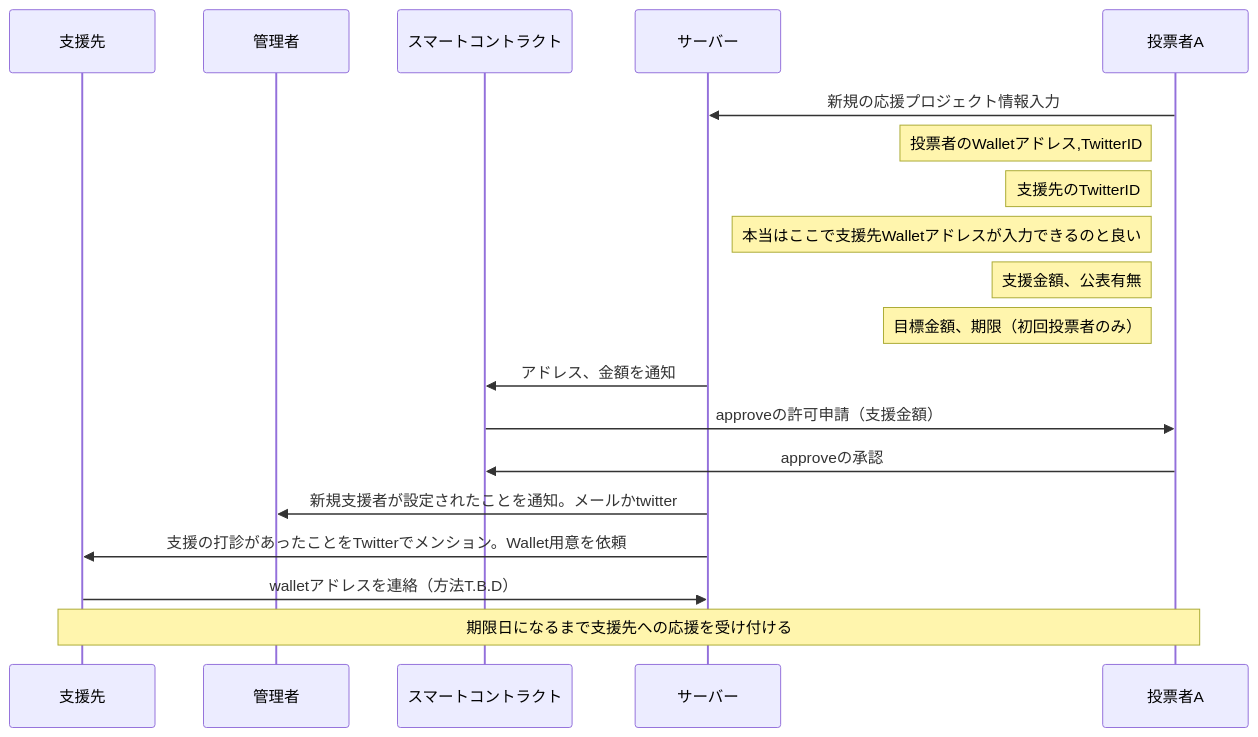
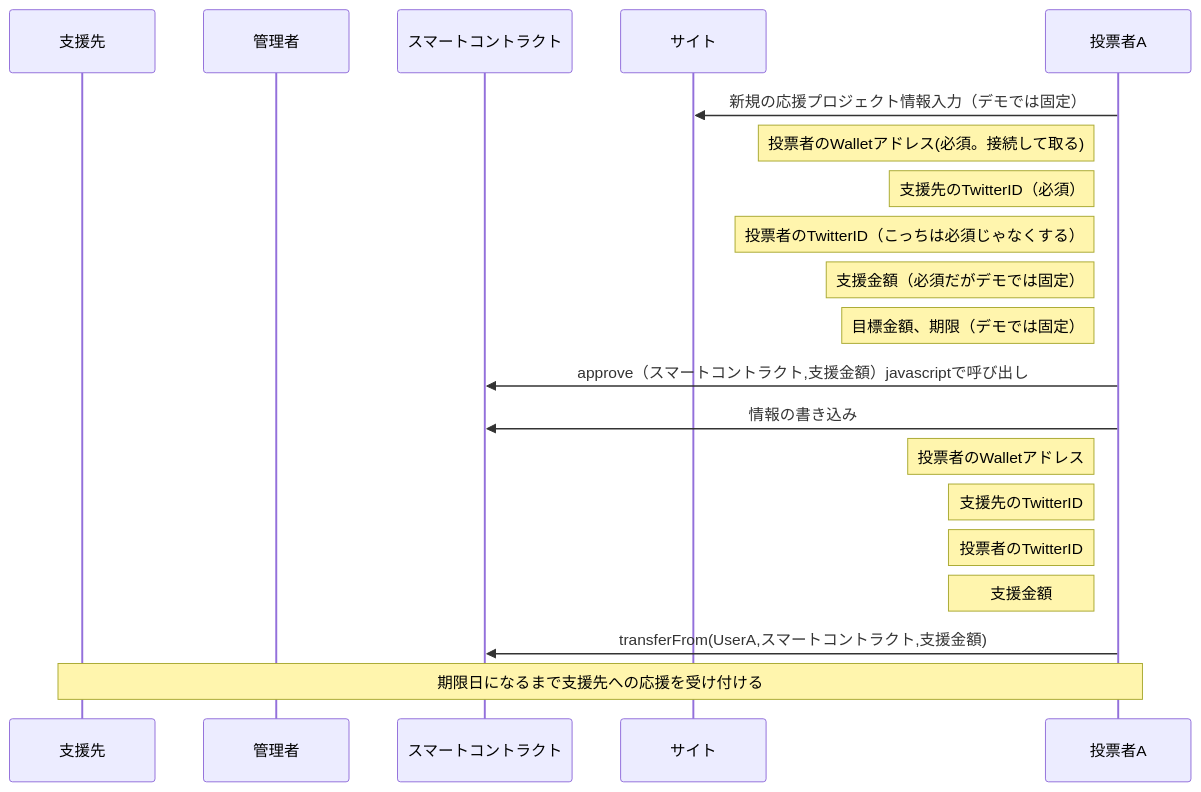
Before and after one commit to demio-se/JPYC_hackathon: the first of 3 diagrams in 勝手に応援.md, drawn with Mermaid.

Commit message:
途中までコミット

````diff
--- a/勝手に応援.md
+++ b/勝手に応援.md
@@ -2,22 +2,22 @@
 ```mermaid 
 sequenceDiagram
 participant sp as 支援先
 participant admin as 管理者
 participant sc as スマートコントラクト
-participant server as サーバー
+participant server as サイト
 participant userA as 投票者A
-userA->>server: 新規の応援プロジェクト情報入力
-Note left of userA: 投票者のWalletアドレス,TwitterID
+userA->>server: 新規の応援プロジェクト情報入力（デモでは固定）
+Note left of userA: 投票者のWalletアドレス(必須。接続して取る)
+Note left of userA: 支援先のTwitterID（必須）
+Note left of userA: 投票者のTwitterID（こっちは必須じゃなくする）
+Note left of userA: 支援金額（必須だがデモでは固定）
+Note left of userA: 目標金額、期限（デモでは固定）
+userA->>sc: approve（スマートコントラクト,支援金額）javascriptで呼び出し
+userA->>sc: 情報の書き込み
+Note left of userA: 投票者のWalletアドレス
 Note left of userA: 支援先のTwitterID
-Note left of userA: 本当はここで支援先Walletアドレスが入力できるのと良い
-Note left of userA: 支援金額、公表有無
-Note left of userA: 目標金額、期限（初回投票者のみ）
-server->>sc: アドレス、金額を通知
-sc->>userA: approveの許可申請（支援金額）
-userA->>sc: approveの承認
-
-server->>admin: 新規支援者が設定されたことを通知。メールかtwitter
-server->>sp: 支援の打診があったことをTwitterでメンション。Wallet用意を依頼
-sp->>server: walletアドレスを連絡（方法T.B.D）
+Note left of userA: 投票者のTwitterID
+Note left of userA: 支援金額
+userA->>sc: transferFrom(UserA,スマートコントラクト,支援金額)
 Note over sp,userA: 期限日になるまで支援先への応援を受け付ける
 ```
````
